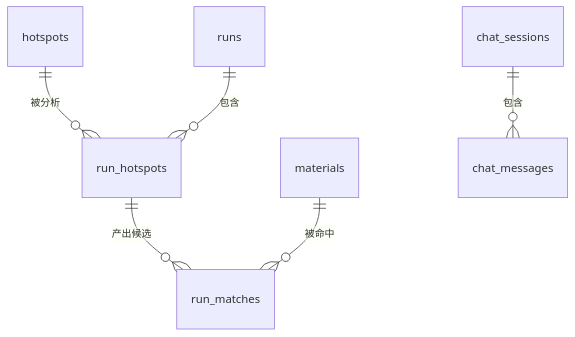
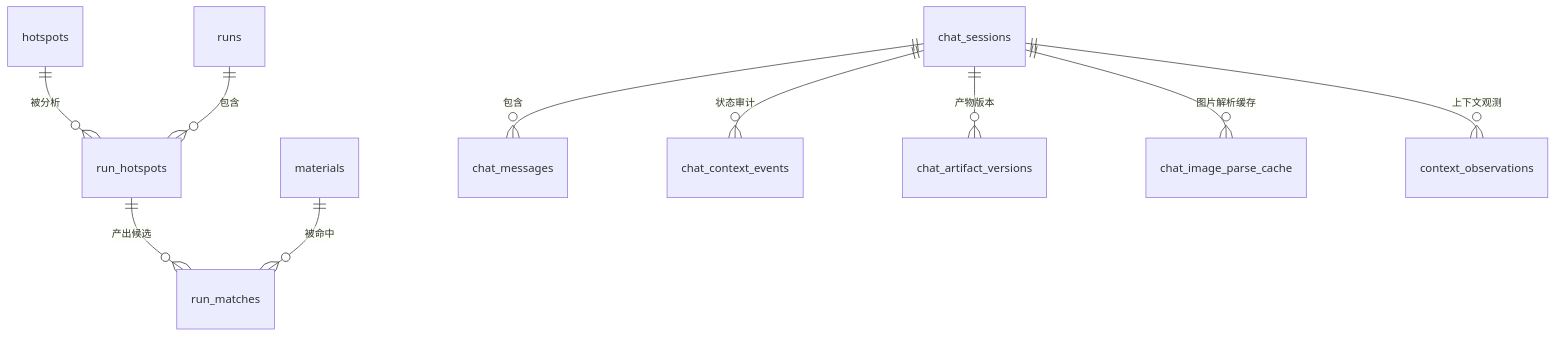
Before and after one commit to bydbo/-redbookfire-agent: the diagram in docs/contracts/数据契约.md, drawn with Mermaid. The commit also changed other lines of this file and 42 other files, not shown here.

````diff
--- a/docs/contracts/数据契约.md
+++ b/docs/contracts/数据契约.md
@@ -23,8 +23,12 @@
 ```mermaid
 erDiagram
     hotspots     ||--o{ run_hotspots : "被分析"
     runs         ||--o{ run_hotspots : "包含"
     run_hotspots ||--o{ run_matches  : "产出候选"
     materials    ||--o{ run_matches  : "被命中"
     chat_sessions ||--o{ chat_messages : "包含"
+    chat_sessions ||--o{ chat_context_events : "状态审计"
+    chat_sessions ||--o{ chat_artifact_versions : "产物版本"
+    chat_sessions ||--o{ chat_image_parse_cache : "图片解析缓存"
+    chat_sessions ||--o{ context_observations : "上下文观测"
 ```
````
